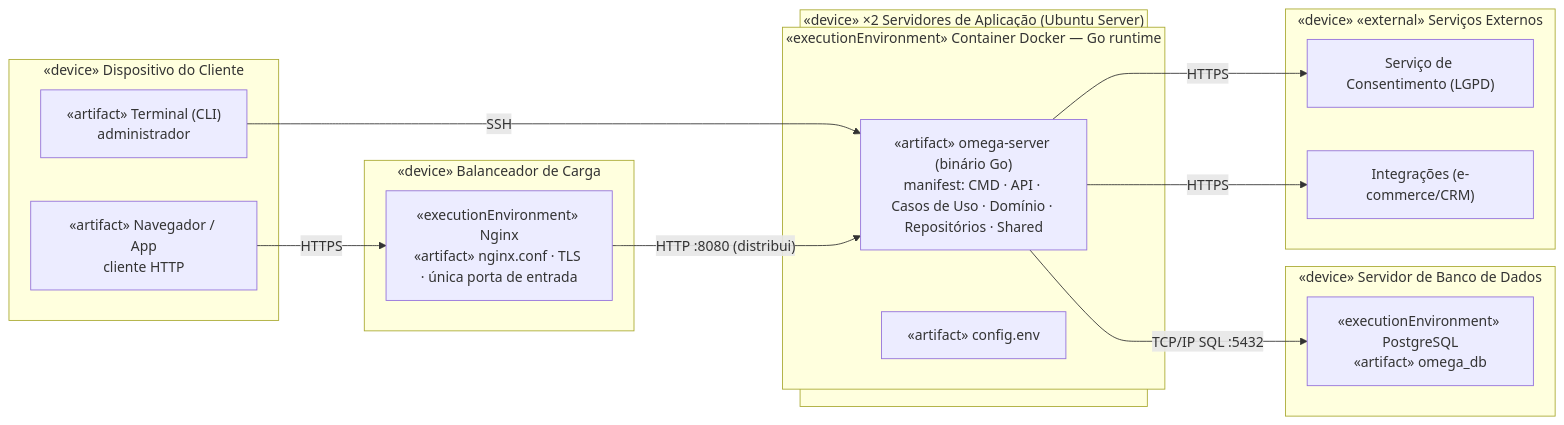
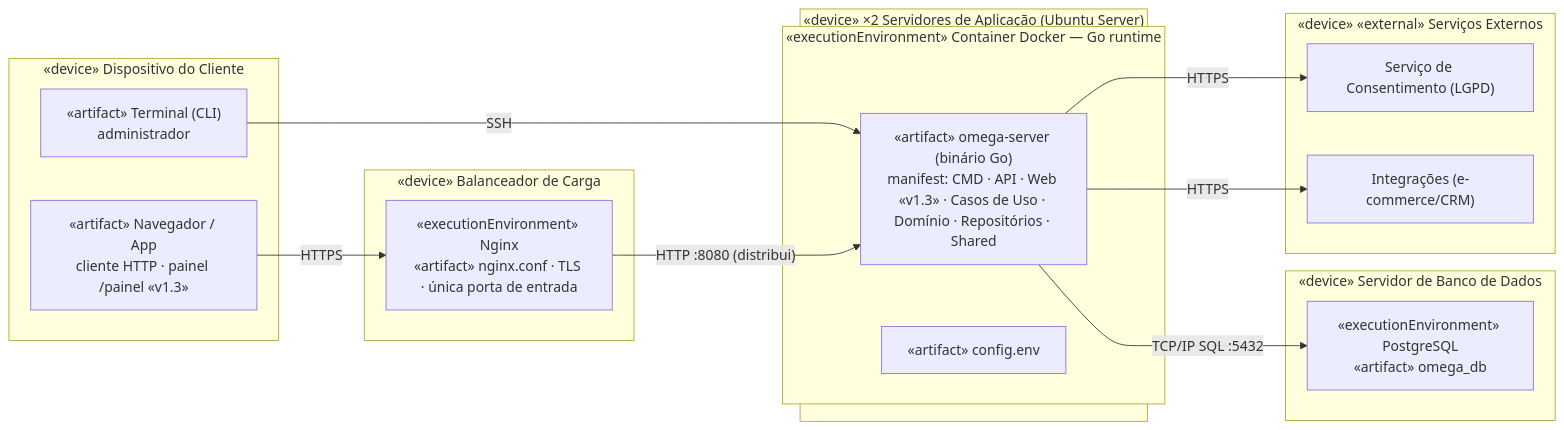
The diagram in docs/uml/UML8_implantacao.md (sthefanyblima/perfila), drawn with Mermaid before and after one commit. The commit also changed other lines of this file and 34 other files, not shown here.

First line of the commit message:
T-31: Spec v1.3 do painel web (Q-20 a Q-29), UML7/UML8 e painel.feature

````diff
--- a/docs/uml/UML8_implantacao.md
+++ b/docs/uml/UML8_implantacao.md
@@ -10,30 +10,30 @@
 ```mermaid
 flowchart LR
   subgraph DEV["«device» Dispositivo do Cliente"]
-    NAV["«artifact» Navegador / App<br/>cliente HTTP"]
+    NAV["«artifact» Navegador / App<br/>cliente HTTP · painel /painel «v1.3»"]
     CLI["«artifact» Terminal (CLI)<br/>administrador"]
   end
   subgraph LB["«device» Balanceador de Carga"]
     NGX["«executionEnvironment» Nginx<br/>«artifact» nginx.conf · TLS · única porta de entrada"]
   end
   subgraph APPS["«device» ×2 Servidores de Aplicação (Ubuntu Server)"]
     subgraph DOCKER["«executionEnvironment» Container Docker — Go runtime"]
-      BIN["«artifact» omega-server (binário Go)<br/>manifest: CMD · API · Casos de Uso · Domínio · Repositórios · Shared"]
+      BIN["«artifact» omega-server (binário Go)<br/>manifest: CMD · API · Web «v1.3» · Casos de Uso · Domínio · Repositórios · Shared"]
       ENV["«artifact» config.env"]
     end
   end
   subgraph DB["«device» Servidor de Banco de Dados"]
     PG["«executionEnvironment» PostgreSQL<br/>«artifact» omega_db"]
   end
   subgraph EXTN["«device» «external» Serviços Externos"]
     CONS["Serviço de Consentimento (LGPD)"]
     INT["Integrações (e-commerce/CRM)"]
   end
 
   NAV -- HTTPS --> NGX
   CLI -- SSH --> BIN
   NGX -- "HTTP :8080 (distribui)" --> BIN
   BIN -- "TCP/IP SQL :5432" --> PG
   BIN -- HTTPS --> CONS
   BIN -- HTTPS --> INT
 ```
````
